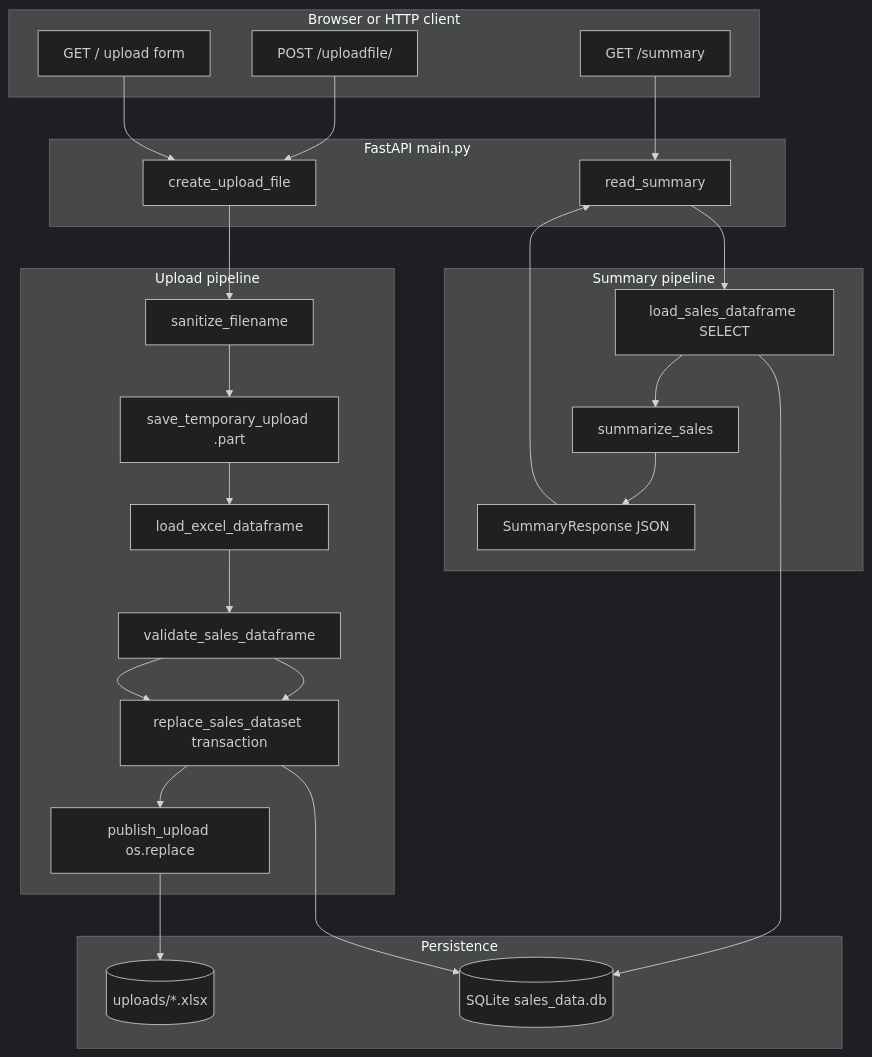
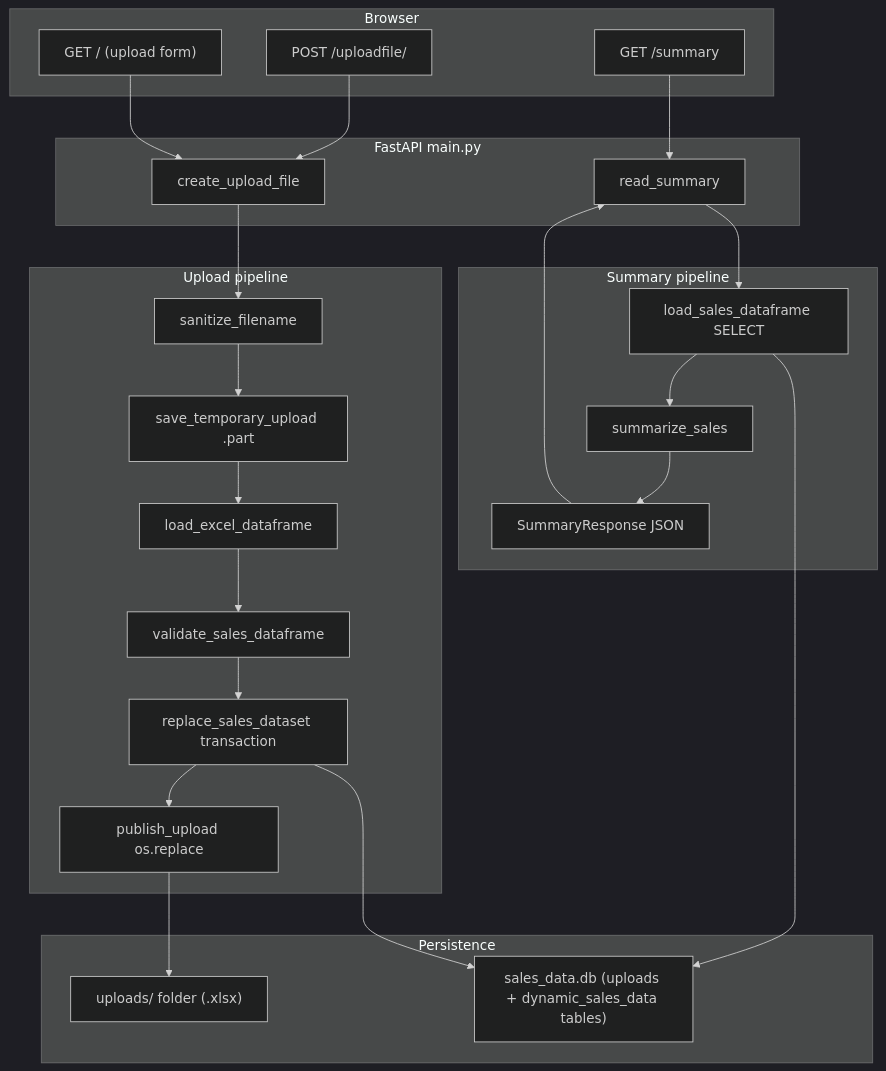
The diagram in README.md (MiroslavKocian/financial-report-generator), drawn with Mermaid (dark theme) before and after one commit. The commit also changed other lines of this file, not shown here.

````diff
--- a/README.md
+++ b/README.md
@@ -40,43 +43,42 @@
 ```mermaid
 flowchart TD
-    subgraph client [Browser or HTTP client]
-        form[GET / upload form]
-        post[POST /uploadfile/]
-        summary[GET /summary]
+    subgraph client [Browser]
+        form["GET / (upload form)"]
+        post["POST /uploadfile/"]
+        summary["GET /summary"]
     end
 
     subgraph api [FastAPI main.py]
         uploadRoute[create_upload_file]
         summaryRoute[read_summary]
     end
 
     subgraph uploadPipeline [Upload pipeline]
         sanitize[sanitize_filename]
         temp[save_temporary_upload .part]
         excel[load_excel_dataframe]
         validate[validate_sales_dataframe]
         replace[replace_sales_dataset transaction]
         publish[publish_upload os.replace]
     end
 
     subgraph storage [Persistence]
-        disk[(uploads/*.xlsx)]
-        sqlite[(SQLite sales_data.db)]
+        disk["uploads/ folder (.xlsx)"]
+        sqlite["sales_data.db (uploads + dynamic_sales_data tables)"]
     end
 
     subgraph reportPipeline [Summary pipeline]
         load[load_sales_dataframe SELECT]
         pandas[summarize_sales]
         json[SummaryResponse JSON]
     end
 
     form --> uploadRoute
     post --> uploadRoute
     uploadRoute --> sanitize --> temp --> excel --> validate --> replace
     replace --> sqlite
-    validate --> replace
     replace --> publish --> disk
 
     summary --> summaryRoute --> load --> sqlite
     load --> pandas --> json --> summaryRoute
 ```
````
